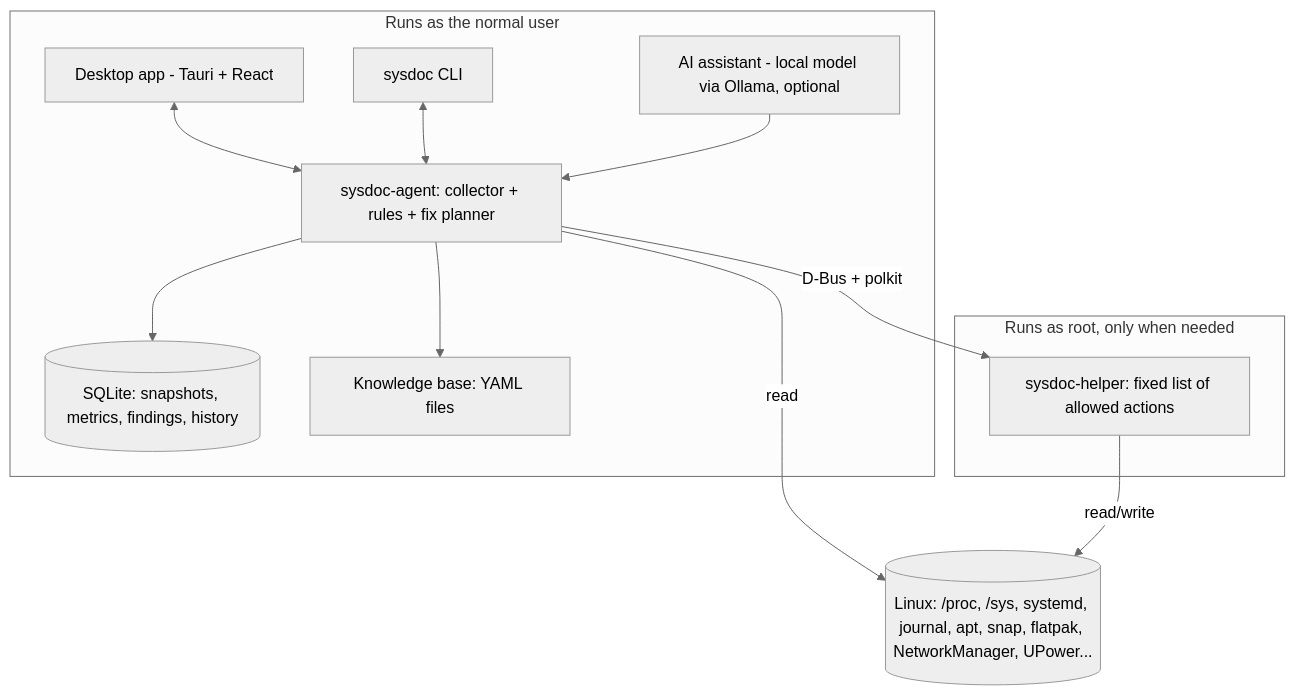
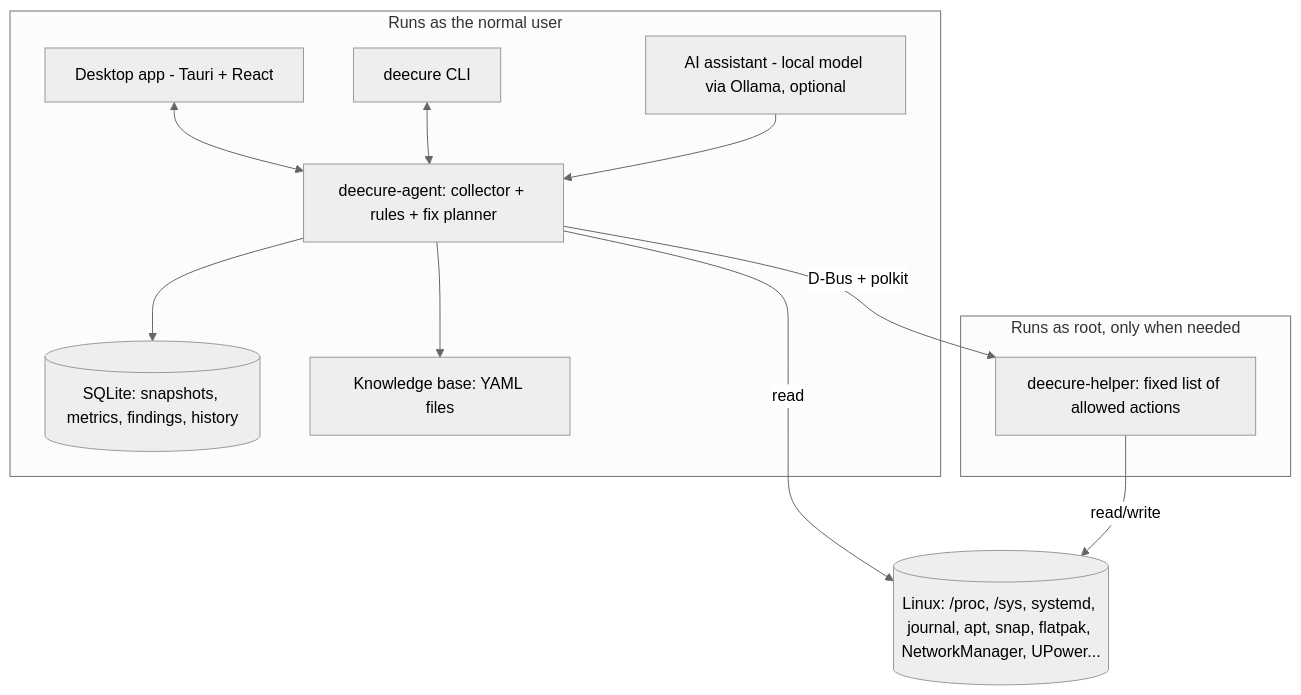
The diagram in docs/02-architecture/overview.md (krisskad0/DeeCure), drawn with Mermaid (neutral theme) before and after one commit. The commit also changed other lines of this file and 64 other files, not shown here.

````diff
--- a/docs/02-architecture/overview.md
+++ b/docs/02-architecture/overview.md
@@ -6,24 +6,24 @@
 ```mermaid
 flowchart TB
   subgraph UserSession[Runs as the normal user]
     UI[Desktop app - Tauri + React]
-    CLI[sysdoc CLI]
-    AG[sysdoc-agent: collector + rules + fix planner]
+    CLI[deecure CLI]
+    AG[deecure-agent: collector + rules + fix planner]
     DB[(SQLite: snapshots, metrics, findings, history)]
     KB[Knowledge base: YAML files]
     AI[AI assistant - local model via Ollama, optional]
   end
   subgraph System[Runs as root, only when needed]
-    HP[sysdoc-helper: fixed list of allowed actions]
+    HP[deecure-helper: fixed list of allowed actions]
   end
   OS[(Linux: /proc, /sys, systemd, journal, apt, snap, flatpak, NetworkManager, UPower...)]
 
   UI <--> AG
   CLI <--> AG
   AG --> DB
   AG --> KB
   AI --> AG
   AG -- read --> OS
   AG -- D-Bus + polkit --> HP
   HP -- read/write --> OS
 ```
````
